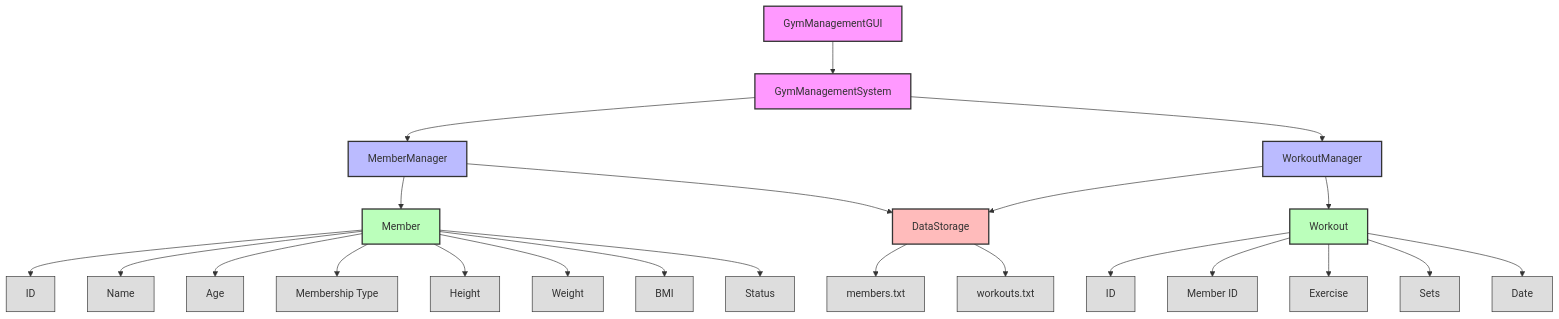
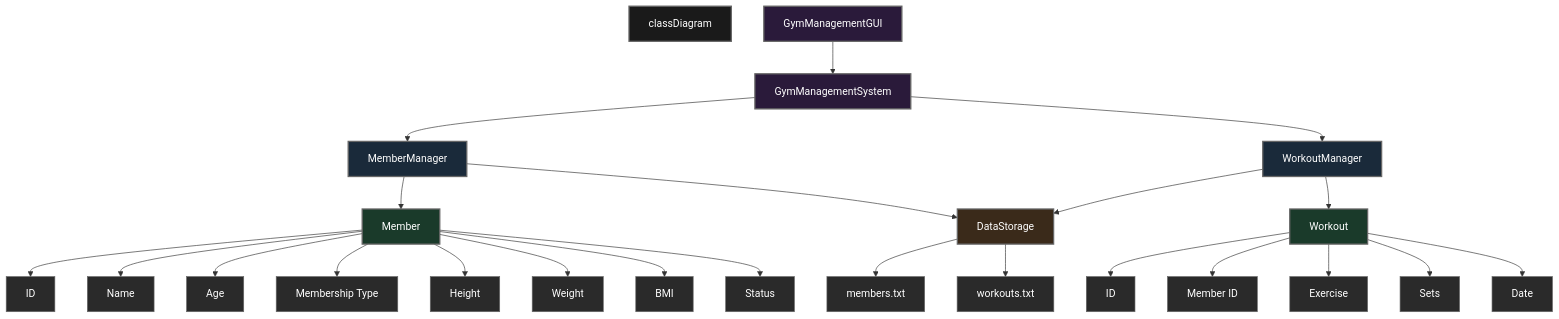
One commit to ydvSajal/GYM_LOG_APP_3 changed the second of 2 diagrams in README.md. Above: the diagram before and after it, drawn with Mermaid. The commit also changed other lines of this file, not shown here.

Commit message:
Update diagrams with dark theme for better visibility

````diff
--- a/README.md
+++ b/README.md
@@ -111,52 +126,55 @@
 ```mermaid
 graph TD
-    %% Main Application
-    A[GymManagementGUI] --> B[GymManagementSystem]
-    
-    %% Core System
-    B --> C[MemberManager]
-    B --> D[WorkoutManager]
-    
-    %% Data Models
-    C --> E[Member]
-    D --> F[Workout]
-    
-    %% Data Storage
-    C --> G[DataStorage]
-    D --> G
-    
-    %% Member Attributes
-    E --> E1[ID]
-    E --> E2[Name]
-    E --> E3[Age]
-    E --> E4[Membership Type]
-    E --> E5[Height]
-    E --> E6[Weight]
-    E --> E7[BMI]
-    E --> E8[Status]
-    
-    %% Workout Attributes
-    F --> F1[ID]
-    F --> F2[Member ID]
-    F --> F3[Exercise]
-    F --> F4[Sets]
-    F --> F5[Date]
-    
-    %% Data Storage Files
-    G --> G1[members.txt]
-    G --> G2[workouts.txt]
-    
-    %% Style Classes
-    classDef main fill:#f9f,stroke:#333,stroke-width:2px
-    classDef manager fill:#bbf,stroke:#333,stroke-width:2px
-    classDef model fill:#bfb,stroke:#333,stroke-width:2px
-    classDef storage fill:#fbb,stroke:#333,stroke-width:2px
-    classDef attribute fill:#ddd,stroke:#333,stroke-width:1px
-    
-    %% Apply Styles
-    class A,B main
-    class C,D manager
-    class E,F model
-    class G storage
-    class E1,E2,E3,E4,E5,E6,E7,E8,F1,F2,F3,F4,F5,G1,G2 attribute
+    %% Theme Configuration
+    classDiagram
+        %% Main Application
+        A[GymManagementGUI] --> B[GymManagementSystem]
+        
+        %% Core System
+        B --> C[MemberManager]
+        B --> D[WorkoutManager]
+        
+        %% Data Models
+        C --> E[Member]
+        D --> F[Workout]
+        
+        %% Data Storage
+        C --> G[DataStorage]
+        D --> G
+        
+        %% Member Attributes
+        E --> E1[ID]
+        E --> E2[Name]
+        E --> E3[Age]
+        E --> E4[Membership Type]
+        E --> E5[Height]
+        E --> E6[Weight]
+        E --> E7[BMI]
+        E --> E8[Status]
+        
+        %% Workout Attributes
+        F --> F1[ID]
+        F --> F2[Member ID]
+        F --> F3[Exercise]
+        F --> F4[Sets]
+        F --> F5[Date]
+        
+        %% Data Storage Files
+        G --> G1[members.txt]
+        G --> G2[workouts.txt]
+        
+        %% Style Configuration
+        classDef default fill:#1a1a1a,stroke:#666,stroke-width:2px,color:#fff
+        classDef main fill:#2a1a3a,stroke:#666,stroke-width:2px,color:#fff
+        classDef manager fill:#1a2a3a,stroke:#666,stroke-width:2px,color:#fff
+        classDef model fill:#1a3a2a,stroke:#666,stroke-width:2px,color:#fff
+        classDef storage fill:#3a2a1a,stroke:#666,stroke-width:2px,color:#fff
+        classDef attribute fill:#2a2a2a,stroke:#666,stroke-width:1px,color:#fff
+        
+        %% Apply Styles
+        class A,B main
+        class C,D manager
+        class E,F model
+        class G storage
+        class E1,E2,E3,E4,E5,E6,E7,E8,F1,F2,F3,F4,F5,G1,G2 attribute
 ```
````
